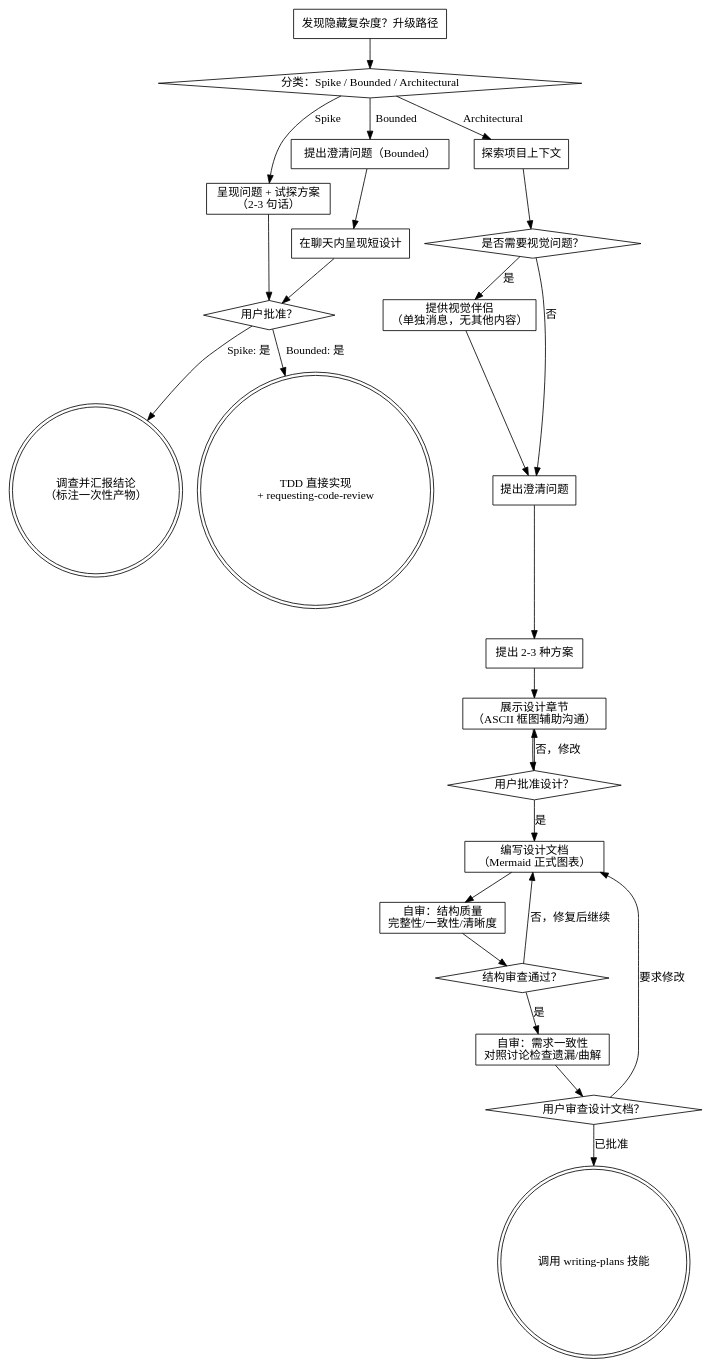
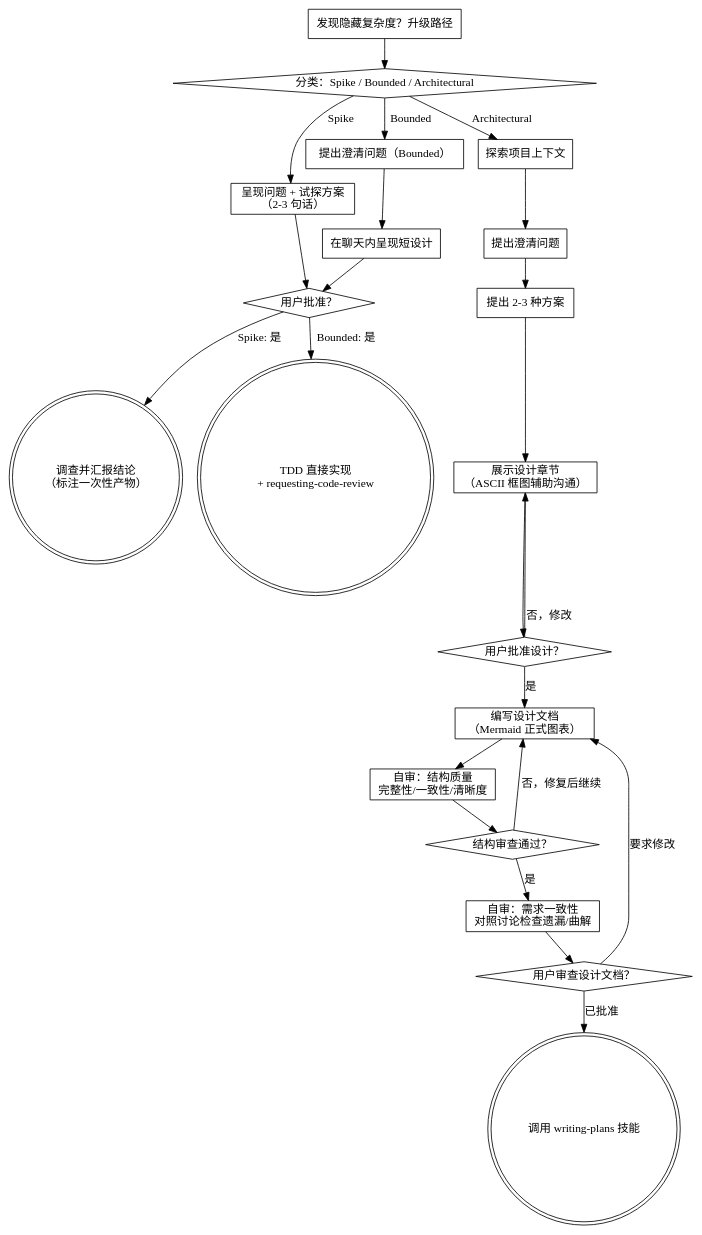
One commit to Geek-Bob/SuperpowersLite changed the diagram in skills/brainstorming/SKILL.md. Above: the diagram before and after it, drawn with Graphviz. The commit also changed other lines of this file and 43 other files, not shown here.

````diff
--- a/skills/brainstorming/SKILL.md
+++ b/skills/brainstorming/SKILL.md
@@ -110,53 +109,48 @@
 ```dot
 digraph brainstorming {
     "分类：Spike / Bounded / Architectural" [shape=diamond];
     "呈现问题 + 试探方案\n（2-3 句话）" [shape=box];
     "提出澄清问题（Bounded）" [shape=box];
     "在聊天内呈现短设计" [shape=box];
     "用户批准？" [shape=diamond];
     "调查并汇报结论\n（标注一次性产物）" [shape=doublecircle];
     "TDD 直接实现\n+ requesting-code-review" [shape=doublecircle];
     "探索项目上下文" [shape=box];
-    "是否需要视觉问题？" [shape=diamond];
-    "提供视觉伴侣\n（单独消息，无其他内容）" [shape=box];
     "提出澄清问题" [shape=box];
     "提出 2-3 种方案" [shape=box];
     "展示设计章节\n（ASCII 框图辅助沟通）" [shape=box];
     "用户批准设计？" [shape=diamond];
     "编写设计文档\n（Mermaid 正式图表）" [shape=box];
     "自审：结构质量\n完整性/一致性/清晰度" [shape=box];
     "结构审查通过？" [shape=diamond];
     "自审：需求一致性\n对照讨论检查遗漏/曲解" [shape=box];
     "用户审查设计文档？" [shape=diamond];
     "调用 writing-plans 技能" [shape=doublecircle];
     "发现隐藏复杂度？升级路径" [shape=box];
 
     "分类：Spike / Bounded / Architectural" -> "呈现问题 + 试探方案\n（2-3 句话）" [label="Spike"];
     "分类：Spike / Bounded / Architectural" -> "提出澄清问题（Bounded）" [label="Bounded"];
     "分类：Spike / Bounded / Architectural" -> "探索项目上下文" [label="Architectural"];
 
     "呈现问题 + 试探方案\n（2-3 句话）" -> "用户批准？";
     "提出澄清问题（Bounded）" -> "在聊天内呈现短设计";
     "在聊天内呈现短设计" -> "用户批准？";
     "用户批准？" -> "调查并汇报结论\n（标注一次性产物）" [label="Spike: 是"];
     "用户批准？" -> "TDD 直接实现\n+ requesting-code-review" [label="Bounded: 是"];
 
-    "探索项目上下文" -> "是否需要视觉问题？";
-    "是否需要视觉问题？" -> "提供视觉伴侣\n（单独消息，无其他内容）" [label="是"];
-    "是否需要视觉问题？" -> "提出澄清问题" [label="否"];
-    "提供视觉伴侣\n（单独消息，无其他内容）" -> "提出澄清问题";
+    "探索项目上下文" -> "提出澄清问题";
     "提出澄清问题" -> "提出 2-3 种方案";
     "提出 2-3 种方案" -> "展示设计章节\n（ASCII 框图辅助沟通）";
     "展示设计章节\n（ASCII 框图辅助沟通）" -> "用户批准设计？";
     "用户批准设计？" -> "展示设计章节\n（ASCII 框图辅助沟通）" [label="否，修改"];
     "用户批准设计？" -> "编写设计文档\n（Mermaid 正式图表）" [label="是"];
     "编写设计文档\n（Mermaid 正式图表）" -> "自审：结构质量\n完整性/一致性/清晰度";
     "自审：结构质量\n完整性/一致性/清晰度" -> "结构审查通过？";
     "结构审查通过？" -> "自审：需求一致性\n对照讨论检查遗漏/曲解" [label="是"];
     "结构审查通过？" -> "编写设计文档\n（Mermaid 正式图表）" [label="否，修复后继续"];
     "自审：需求一致性\n对照讨论检查遗漏/曲解" -> "用户审查设计文档？";
     "用户审查设计文档？" -> "编写设计文档\n（Mermaid 正式图表）" [label="要求修改"];
     "用户审查设计文档？" -> "调用 writing-plans 技能" [label="已批准"];
     "发现隐藏复杂度？升级路径" -> "分类：Spike / Bounded / Architectural";
 }
 ```
````
